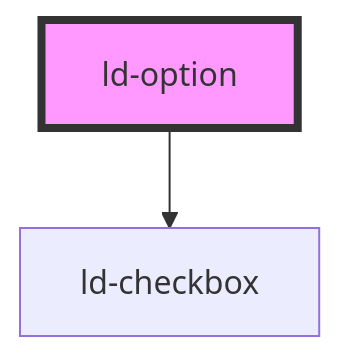
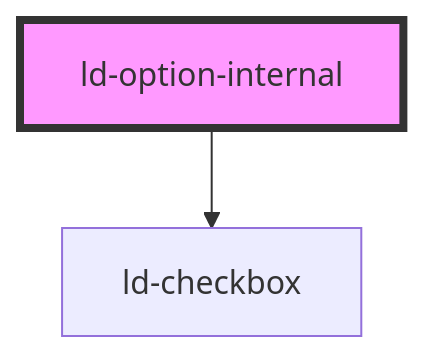
The diagram in src/liquid/components/ld-option/readme.md (emdgroup-liquid/liquid), drawn with Mermaid before and after one commit. The commit also changed 7 other files, not shown here.

````diff
--- a/src/liquid/components/ld-option/readme.md
+++ b/src/liquid/components/ld-option/readme.md
@@ -33,5 +33,5 @@
 ```mermaid
 graph TD;
-  ld-option --> ld-checkbox
-  style ld-option fill:#f9f,stroke:#333,stroke-width:4px
+  ld-option-internal --> ld-checkbox
+  style ld-option-internal fill:#f9f,stroke:#333,stroke-width:4px
 ```
````
